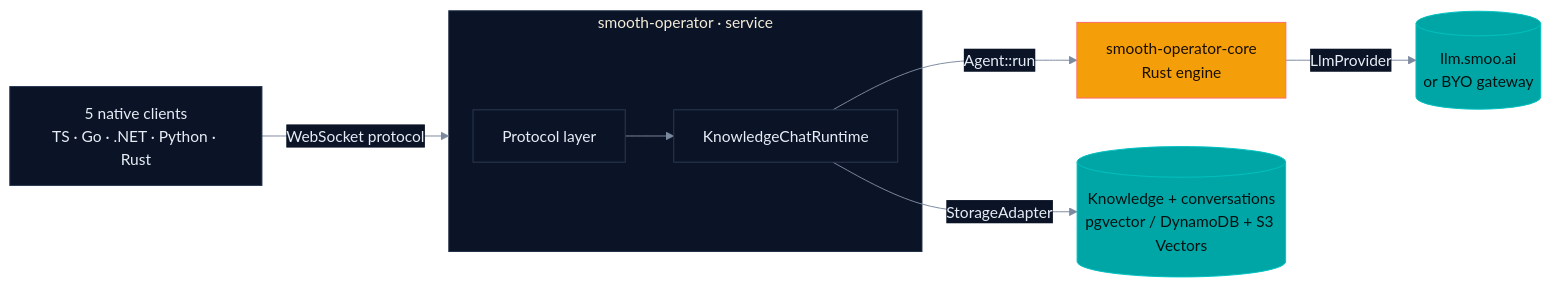
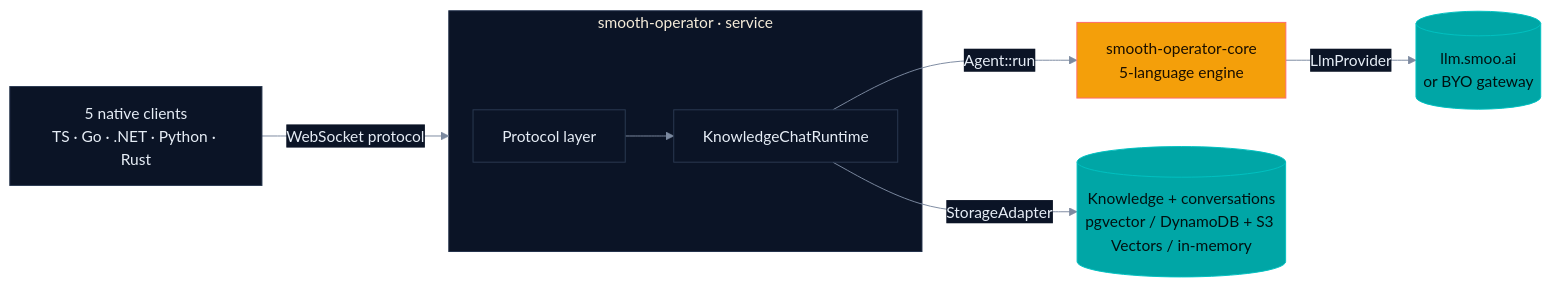
The first of 4 diagrams in README.md (SmooAI/smooth-operator), drawn with Mermaid before and after one commit. The commit also changed other lines of this file, not shown here.

````diff
--- a/README.md
+++ b/README.md
@@ -160,22 +133,22 @@
 ```mermaid
 %%{init: {'theme':'base','themeVariables':{
   'background':'#020618','primaryColor':'#0b1426','primaryTextColor':'#e6edf6','primaryBorderColor':'#2b3a52',
   'lineColor':'#7c8aa0','secondaryColor':'#0b1426','tertiaryColor':'#0b1426','fontFamily':'ui-sans-serif, system-ui, sans-serif',
   'clusterBkg':'#0b1426','clusterBorder':'#22304a'}}}%%
 flowchart LR
   CLIENTS["5 native clients<br/>TS · Go · .NET · Python · Rust"]
   CLIENTS -->|"WebSocket protocol"| SVC
 
   subgraph SVC["smooth-operator · service"]
     PROTO["Protocol layer"] --> RT["KnowledgeChatRuntime"]
   end
 
-  RT -->|"Agent::run"| ENGINE["smooth-operator-core<br/>Rust engine"]
+  RT -->|"Agent::run"| ENGINE["smooth-operator-core<br/>5-language engine"]
   ENGINE -->|"LlmProvider"| GW[("llm.smoo.ai<br/>or BYO gateway")]
-  RT -->|"StorageAdapter"| KB[("Knowledge + conversations<br/>pgvector / DynamoDB + S3 Vectors")]
+  RT -->|"StorageAdapter"| KB[("Knowledge + conversations<br/>pgvector / DynamoDB + S3 Vectors / in-memory")]
 
   classDef warm fill:#f49f0a,stroke:#ff6b6c,color:#1a0f00;
   classDef teal fill:#00a6a6,stroke:#00c2c2,color:#011;
   class ENGINE warm
   class GW,KB teal
 ```
````
